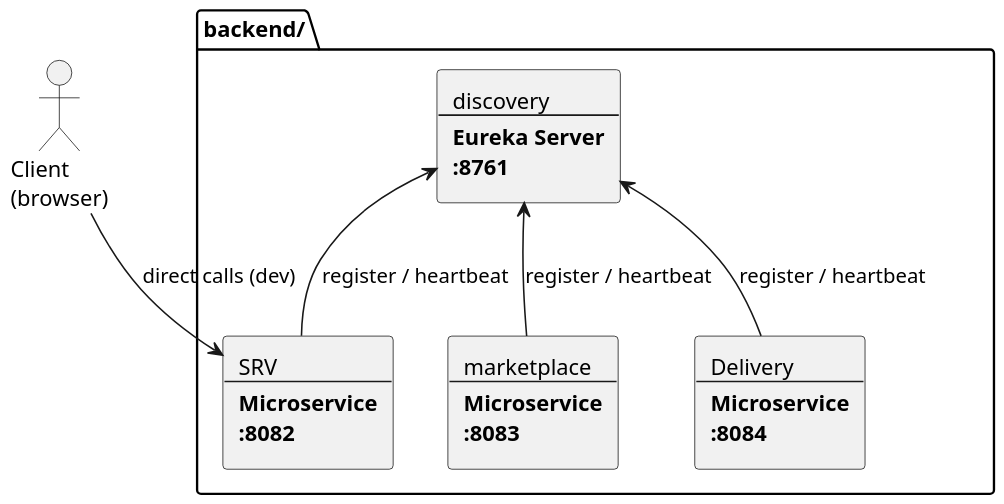
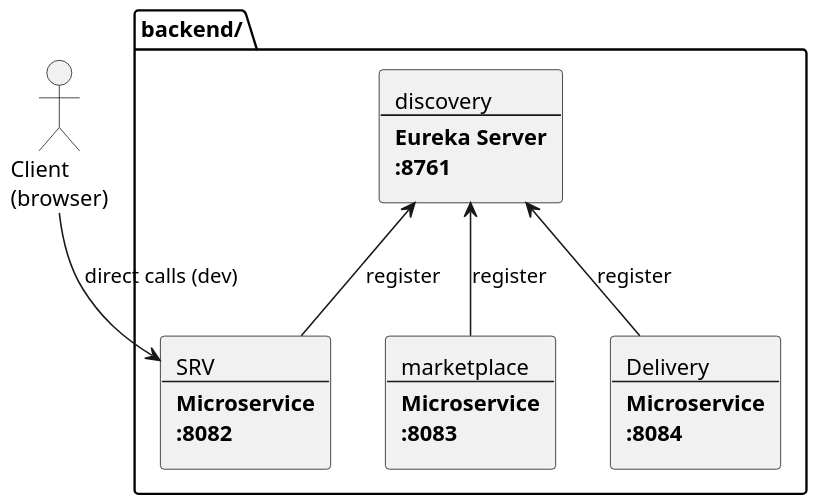
The diagram in documentation/diag/architecture.puml (TheSphynxoid/AWD-EspritMarket), drawn with PlantUML before and after one commit. The commit also changed 1 other file, not shown here.

Commit message:
Diagram: label registry arrows simply as register

```diff
--- a/documentation/diag/architecture.puml
+++ b/documentation/diag/architecture.puml
@@ -1,27 +1,27 @@
 @startuml architecture
 
 skinparam dpi 150
 skinparam shadowing false
 skinparam componentStyle rectangle
 skinparam defaultFontName "Segoe UI"
 
 actor "Client\n(browser)" as Client
 
 package "backend/" {
 
   rectangle "discovery\n----\n**Eureka Server**\n**:8761**" as EU
 
   rectangle "SRV\n----\n**Microservice**\n**:8082**" as SRV
 
   rectangle "marketplace\n----\n**Microservice**\n**:8083**" as MKT
 
   rectangle "Delivery\n----\n**Microservice**\n**:8084**" as DEL
 }
 
-SRV -up-> EU : register / heartbeat
-MKT -up-> EU : register / heartbeat
-DEL -up-> EU : register / heartbeat
+SRV -up-> EU : register
+MKT -up-> EU : register
+DEL -up-> EU : register
 
 Client -down-> SRV : direct calls (dev)
 
 @enduml
```
